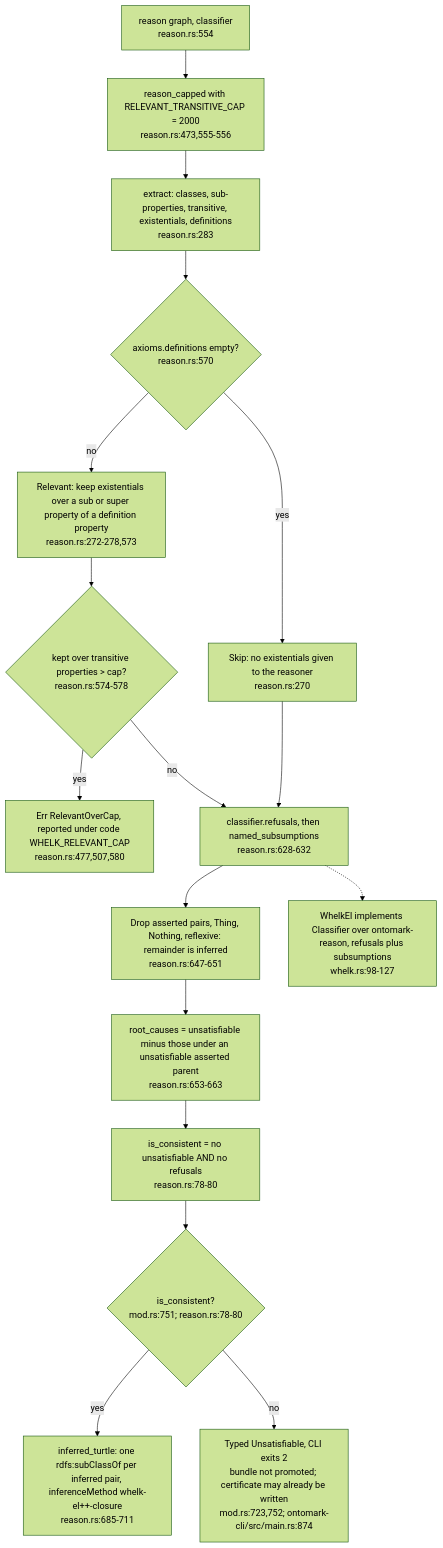
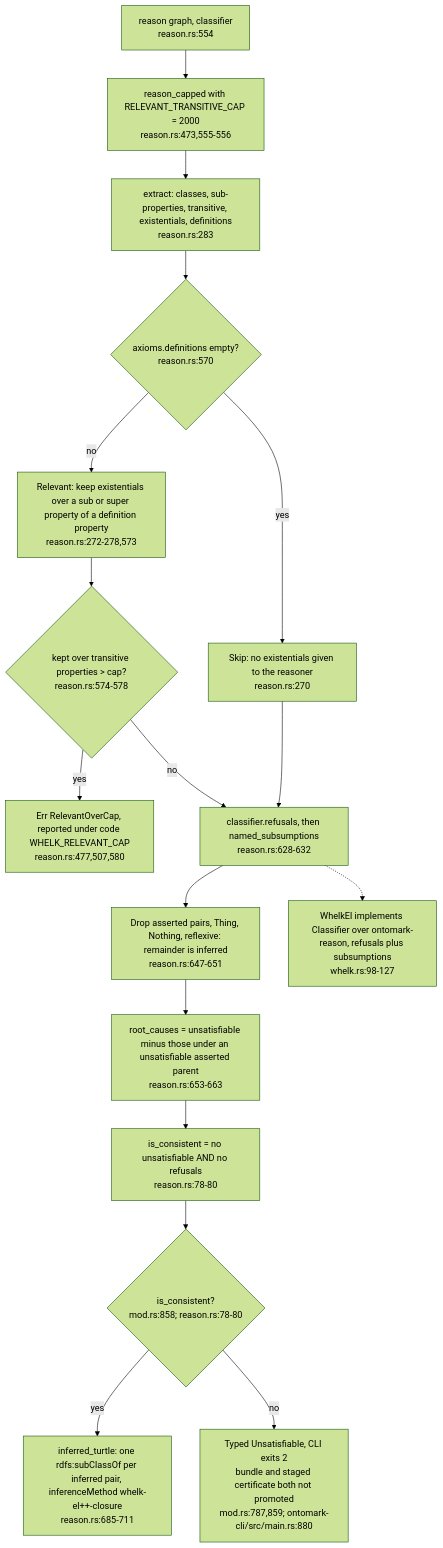
One commit to DreamLab-AI/VisionFlow changed the third of 7 diagrams in docs/diagrams/ontomark/04-emitters-turtle-indexes-tiers-and-contract-c3.md. Above: the diagram before and after it, drawn with Mermaid (forest theme). The commit also changed other lines of this file and 59 other files, not shown here.

First line of the commit message:
docs(diagrams): re-derive and re-stamp forum, website, pod, ontomark and sealmap topics

````diff
--- a/docs/diagrams/ontomark/04-emitters-turtle-indexes-tiers-and-contract-c3.md
+++ b/docs/diagrams/ontomark/04-emitters-turtle-indexes-tiers-and-contract-c3.md
@@ -107,29 +107,29 @@
 ```mermaid
 flowchart TD
     ENTRY["reason graph, classifier<br/>reason.rs:554"]
     CAPD["reason_capped with RELEVANT_TRANSITIVE_CAP = 2000<br/>reason.rs:473,555-556"]
     EXTR["extract: classes, sub-properties, transitive, existentials, definitions<br/>reason.rs:283"]
     NODEF{"axioms.definitions empty?<br/>reason.rs:570"}
     SKIP["Skip: no existentials given to the reasoner<br/>reason.rs:270"]
     KEEP["Relevant: keep existentials over a sub or super property of a definition property<br/>reason.rs:272-278,573"]
     OVER{"kept over transitive properties > cap?<br/>reason.rs:574-578"}
     ERR["Err RelevantOverCap, reported under code WHELK_RELEVANT_CAP<br/>reason.rs:477,507,580"]
     CLASSIFY["classifier.refusals, then named_subsumptions<br/>reason.rs:628-632"]
     SPLIT["Drop asserted pairs, Thing, Nothing, reflexive: remainder is inferred<br/>reason.rs:647-651"]
     ROOTS["root_causes = unsatisfiable minus those under an unsatisfiable asserted parent<br/>reason.rs:653-663"]
-    GATE{"is_consistent?<br/>mod.rs:751; reason.rs:78-80"}
-    BAD["Typed Unsatisfiable, CLI exits 2<br/>bundle not promoted; certificate may already be written<br/>mod.rs:723,752; ontomark-cli/src/main.rs:874"]
+    GATE{"is_consistent?<br/>mod.rs:858; reason.rs:78-80"}
+    BAD["Typed Unsatisfiable, CLI exits 2<br/>bundle and staged certificate both not promoted<br/>mod.rs:787,859; ontomark-cli/src/main.rs:880"]
     CONS["is_consistent = no unsatisfiable AND no refusals<br/>reason.rs:78-80"]
     INFTTL["inferred_turtle: one rdfs:subClassOf per inferred pair, inferenceMethod whelk-el++-closure<br/>reason.rs:685-711"]
     WH["WhelkEl implements Classifier over ontomark-reason, refusals plus subsumptions<br/>whelk.rs:98-127"]
     ENTRY --> CAPD --> EXTR --> NODEF
     NODEF -- yes --> SKIP
     NODEF -- no --> KEEP --> OVER
     OVER -- yes --> ERR
     OVER -- no --> CLASSIFY
     SKIP --> CLASSIFY
     CLASSIFY --> SPLIT --> ROOTS --> CONS --> GATE
     GATE -->|yes| INFTTL
     GATE -->|no| BAD
     CLASSIFY -.-> WH
 ```
````
